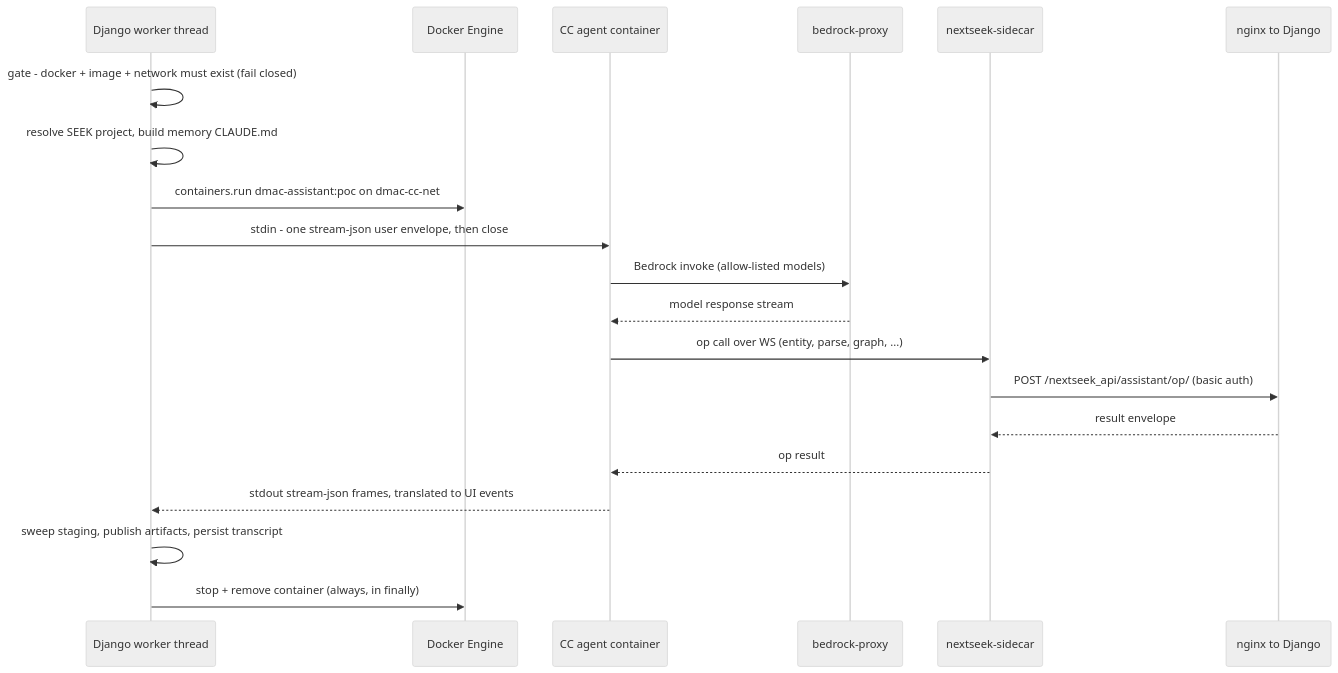
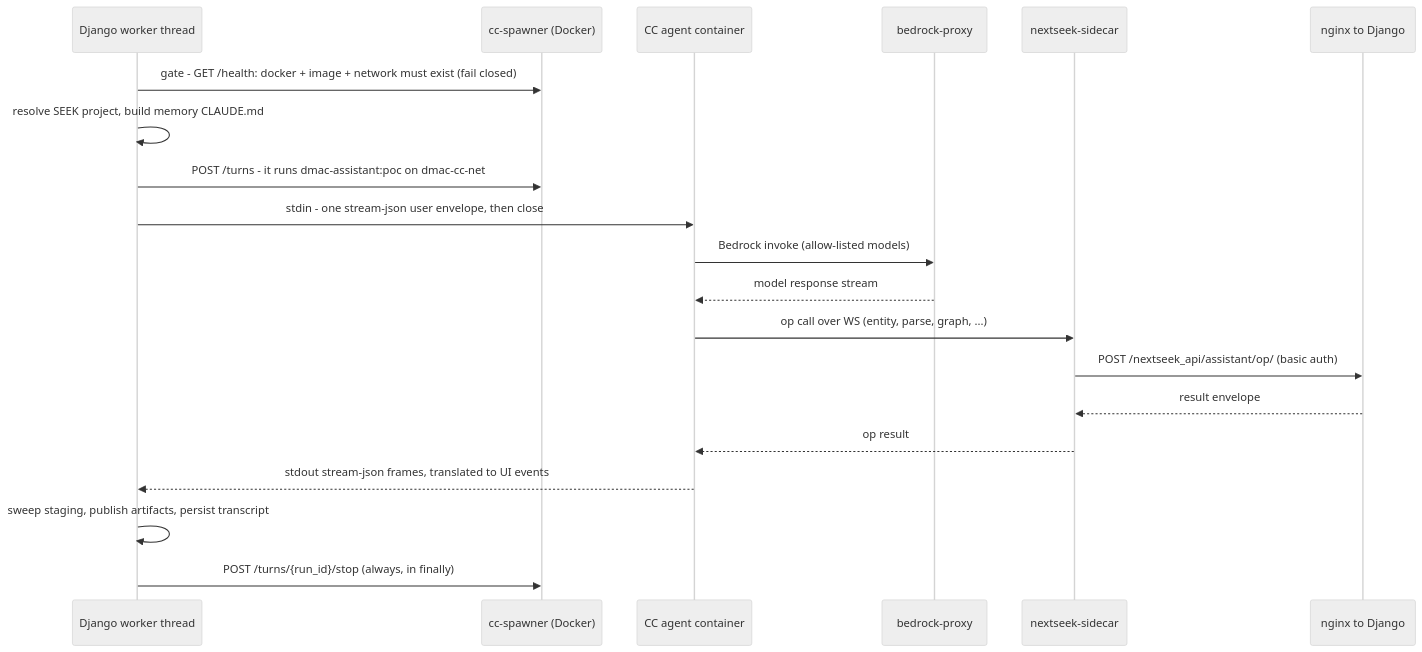
One commit to BioMicroCenter/NExtSEEK changed the fourth of 4 diagrams in NessieAI/docs/architecture.md. Above: the diagram before and after it, drawn with Mermaid (neutral theme). The commit also changed other lines of this file and 3 other files, not shown here.

First line of the commit message:
docs(cc): say cc-spawner, not the app, holds the Docker socket and starts the agent

````diff
--- a/NessieAI/docs/architecture.md
+++ b/NessieAI/docs/architecture.md
@@ -146,22 +146,22 @@
 ```mermaid
 sequenceDiagram
     participant T as Django worker thread
-    participant D as Docker Engine
+    participant D as cc-spawner (Docker)
     participant A as CC agent container
     participant P as bedrock-proxy
     participant S as nextseek-sidecar
     participant N as nginx to Django
-    T->>T: gate - docker + image + network must exist (fail closed)
+    T->>D: gate - GET /health: docker + image + network must exist (fail closed)
     T->>T: resolve SEEK project, build memory CLAUDE.md
-    T->>D: containers.run dmac-assistant:poc on dmac-cc-net
+    T->>D: POST /turns - it runs dmac-assistant:poc on dmac-cc-net
     T->>A: stdin - one stream-json user envelope, then close
     A->>P: Bedrock invoke (allow-listed models)
     P-->>A: model response stream
     A->>S: op call over WS (entity, parse, graph, ...)
     S->>N: POST /nextseek_api/assistant/op/ (basic auth)
     N-->>S: result envelope
     S-->>A: op result
     A-->>T: stdout stream-json frames, translated to UI events
     T->>T: sweep staging, publish artifacts, persist transcript
-    T->>D: stop + remove container (always, in finally)
+    T->>D: POST /turns/{run_id}/stop (always, in finally)
 ```
````
